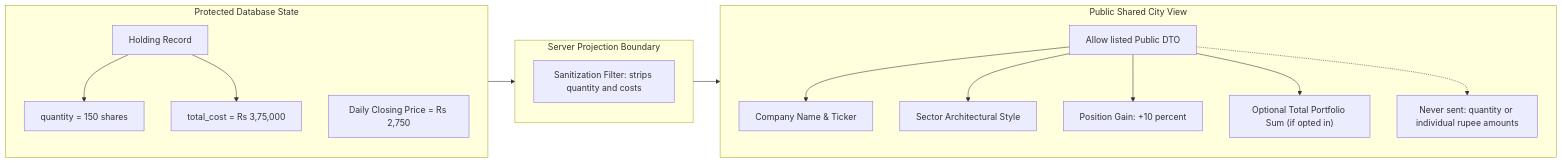
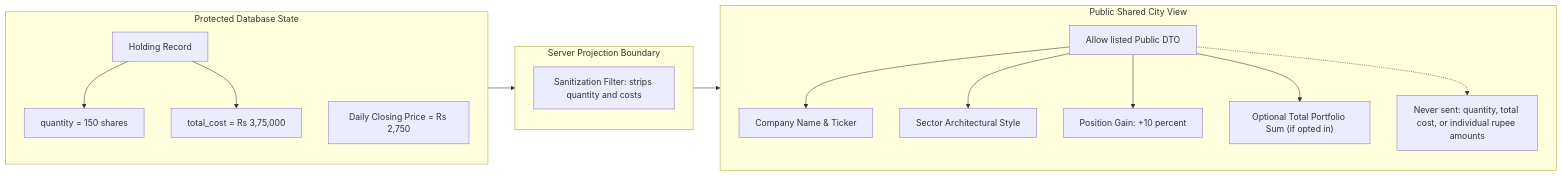
Before and after one commit to shubhamxdd/sto-viz: the third of 4 diagrams in foliocity-data-model-diagrams.md, drawn with Mermaid. The commit also changed other lines of this file and 1 other file, not shown here.

Commit message:
docs(spec): harden data model and diagrams based on codex cli verification

````diff
--- a/foliocity-data-model-diagrams.md
+++ b/foliocity-data-model-diagrams.md
@@ -113,25 +114,25 @@
 ```mermaid
 flowchart LR
     subgraph PrivateDatabase["Protected Database State"]
         H["Holding Record"]
         H --> Q["quantity = 150 shares"]
         H --> C["total_cost = Rs 3,75,000"]
         DP["Daily Closing Price = Rs 2,750"]
     end
 
     subgraph SecurityBoundary["Server Projection Boundary"]
         Filter["Sanitization Filter: strips quantity and costs"]
     end
 
     subgraph PublicView["Public Shared City View"]
         DTO["Allow listed Public DTO"]
         DTO --> SName["Company Name & Ticker"]
         DTO --> SSector["Sector Architectural Style"]
         DTO --> SPct["Position Gain: +10 percent"]
         DTO --> STotal["Optional Total Portfolio Sum (if opted in)"]
-        DTO -.-> Blocked["Never sent: quantity or individual rupee amounts"]
+        DTO -.-> Blocked["Never sent: quantity, total cost, or individual rupee amounts"]
     end
 
     PrivateDatabase --> SecurityBoundary
     SecurityBoundary --> PublicView
 ```
````
